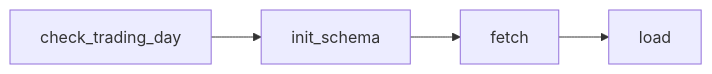
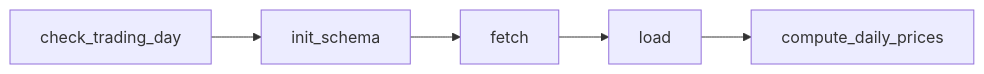
Before and after one commit to bkajj/market-tracker: the second of 3 diagrams in README.md, drawn with Mermaid. The commit also changed other lines of this file, not shown here.

````diff
--- a/README.md
+++ b/README.md
@@ -20,4 +20,4 @@
 ```mermaid
 flowchart LR
-    CHECK[check_trading_day] --> INIT[init_schema] --> FETCH[fetch] --> LOAD[load]
+    CHECK[check_trading_day] --> INIT[init_schema] --> FETCH[fetch] --> LOAD[load] --> SPARK[compute_daily_prices]
 ```
````
